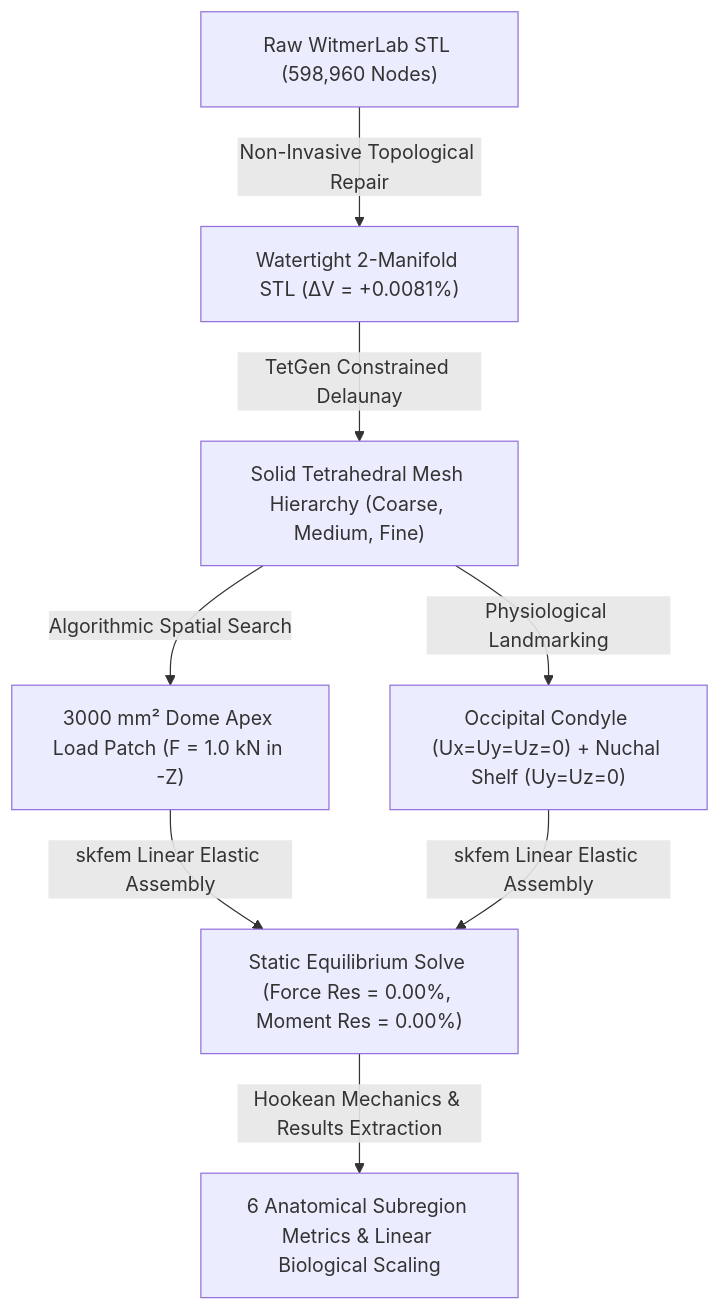
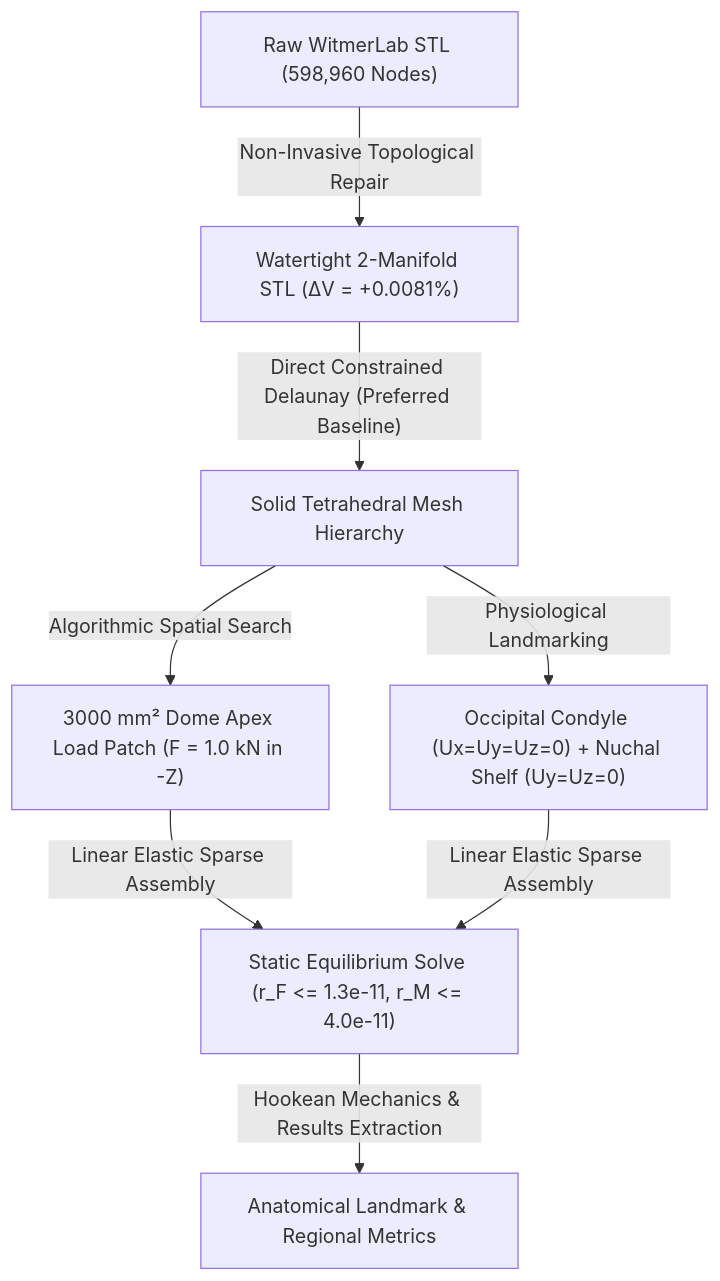
The diagram in reports/phase4_fea_benchmark_report.md (mdhornstein/pachycephalosaur-biomechanics), drawn with Mermaid before and after one commit. The commit also changed other lines of this file and 11 other files, not shown here.

Commit message:
fix(phase4): reconcile mesh quality metrics, complete discretization convergence audit, localize repair deviation, and tighten biological interpretation

````diff
--- a/reports/phase4_fea_benchmark_report.md
+++ b/reports/phase4_fea_benchmark_report.md
@@ -25,9 +24,9 @@
 ```mermaid
 flowchart TD
     A["Raw WitmerLab STL (598,960 Nodes)"] -->|"Non-Invasive Topological Repair"| B["Watertight 2-Manifold STL (ΔV = +0.0081%)"]
-    B -->|"TetGen Constrained Delaunay"| C["Solid Tetrahedral Mesh Hierarchy (Coarse, Medium, Fine)"]
+    B -->|"Direct Constrained Delaunay (Preferred Baseline)"| C["Solid Tetrahedral Mesh Hierarchy"]
     C -->|"Algorithmic Spatial Search"| D["3000 mm² Dome Apex Load Patch (F = 1.0 kN in -Z)"]
     C -->|"Physiological Landmarking"| E["Occipital Condyle (Ux=Uy=Uz=0) + Nuchal Shelf (Uy=Uz=0)"]
-    D & E -->|"skfem Linear Elastic Assembly"| F["Static Equilibrium Solve (Force Res = 0.00%, Moment Res = 0.00%)"]
-    F -->|"Hookean Mechanics & Results Extraction"| G["6 Anatomical Subregion Metrics & Linear Biological Scaling"]
+    D & E -->|"Linear Elastic Sparse Assembly"| F["Static Equilibrium Solve (r_F <= 1.3e-11, r_M <= 4.0e-11)"]
+    F -->|"Hookean Mechanics & Results Extraction"| G["Anatomical Landmark & Regional Metrics"]
 ```
````
